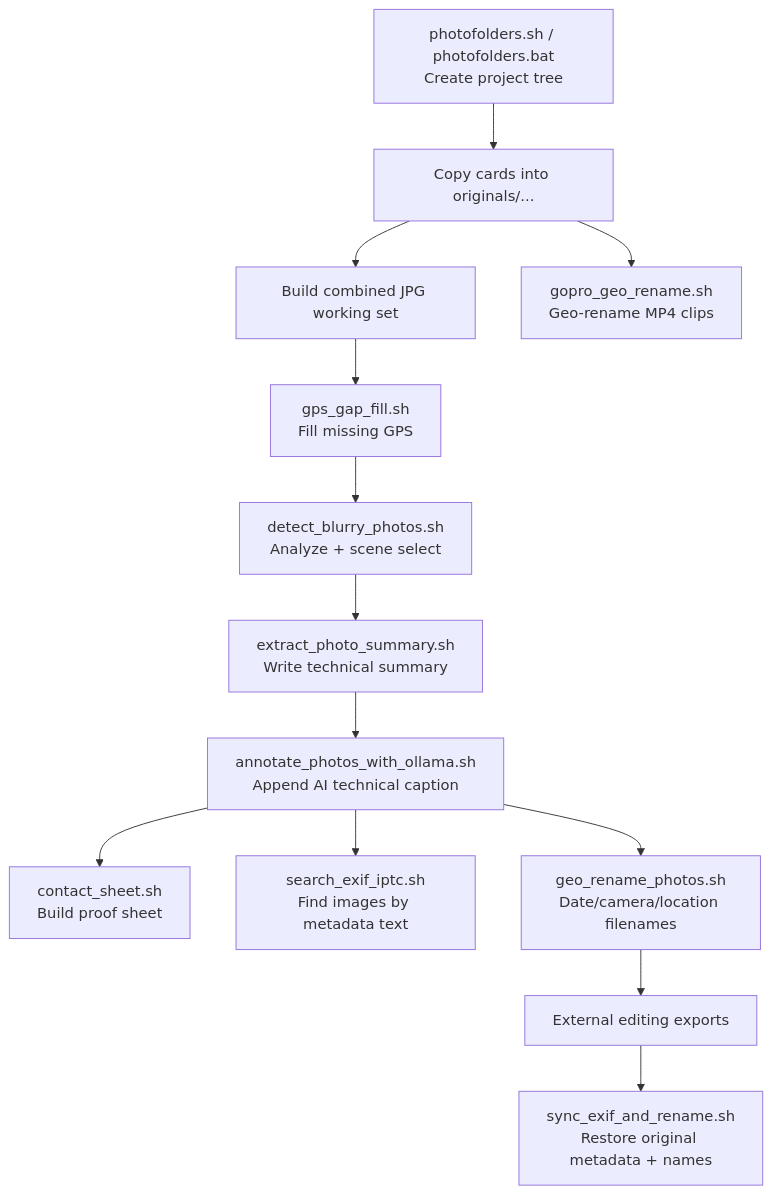
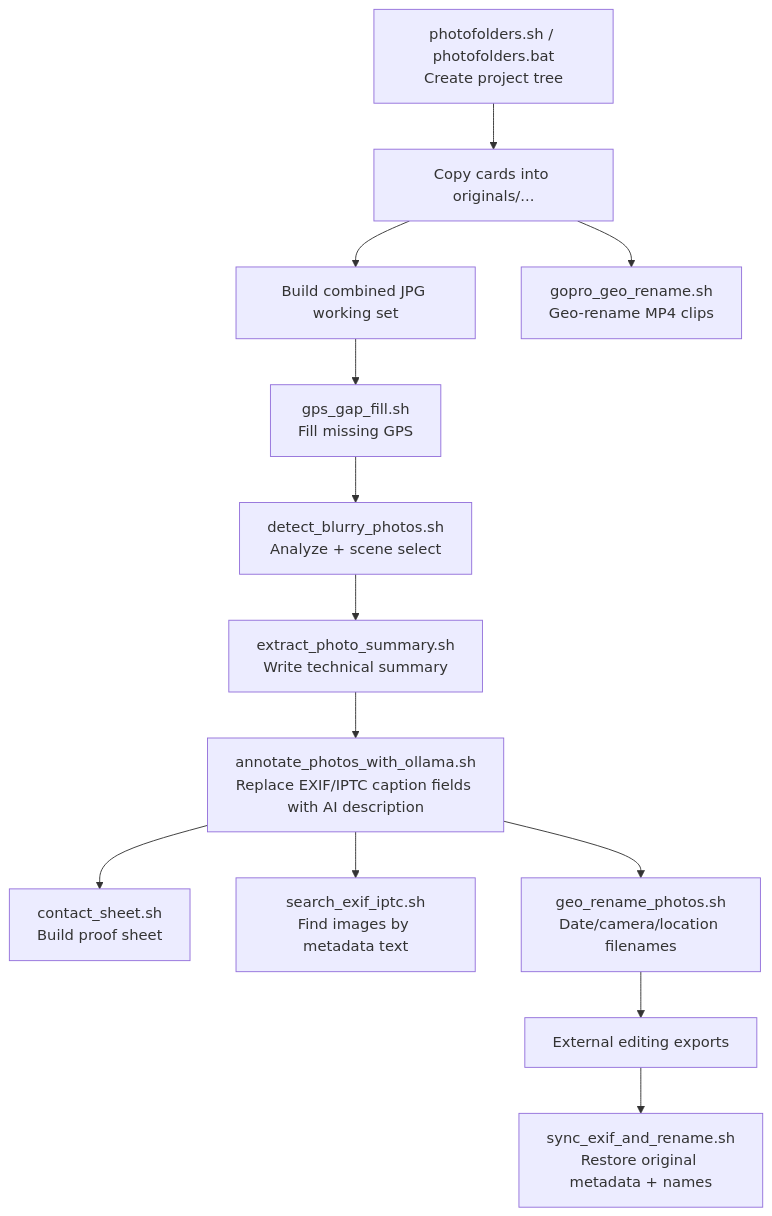
One commit to igoros777/photoshell changed the diagram in README.md. Above: the diagram before and after it, drawn with Mermaid. The commit also changed other lines of this file and 2 other files, not shown here.

Commit message:
Update annotate_photos_with_ollama.sh to replace specific metadata fields, add prompt selection support, and revise documentation accordingly

````diff
--- a/README.md
+++ b/README.md
@@ -128,15 +129,15 @@
 ```mermaid
 flowchart TD
     A[photofolders.sh / photofolders.bat<br/>Create project tree] --> B[Copy cards into originals/...]
     B --> C[Build combined JPG working set]
     C --> D[gps_gap_fill.sh<br/>Fill missing GPS]
     D --> E[detect_blurry_photos.sh<br/>Analyze + scene select]
     E --> F[extract_photo_summary.sh<br/>Write technical summary]
-    F --> G[annotate_photos_with_ollama.sh<br/>Append AI technical caption]
+    F --> G[annotate_photos_with_ollama.sh<br/>Replace EXIF/IPTC caption fields with AI description]
     G --> H[contact_sheet.sh<br/>Build proof sheet]
     G --> I[search_exif_iptc.sh<br/>Find images by metadata text]
     G --> J[geo_rename_photos.sh<br/>Date/camera/location filenames]
     B --> K[gopro_geo_rename.sh<br/>Geo-rename MP4 clips]
     J --> L[External editing exports]
     L --> M[sync_exif_and_rename.sh<br/>Restore original metadata + names]
 ```
````
